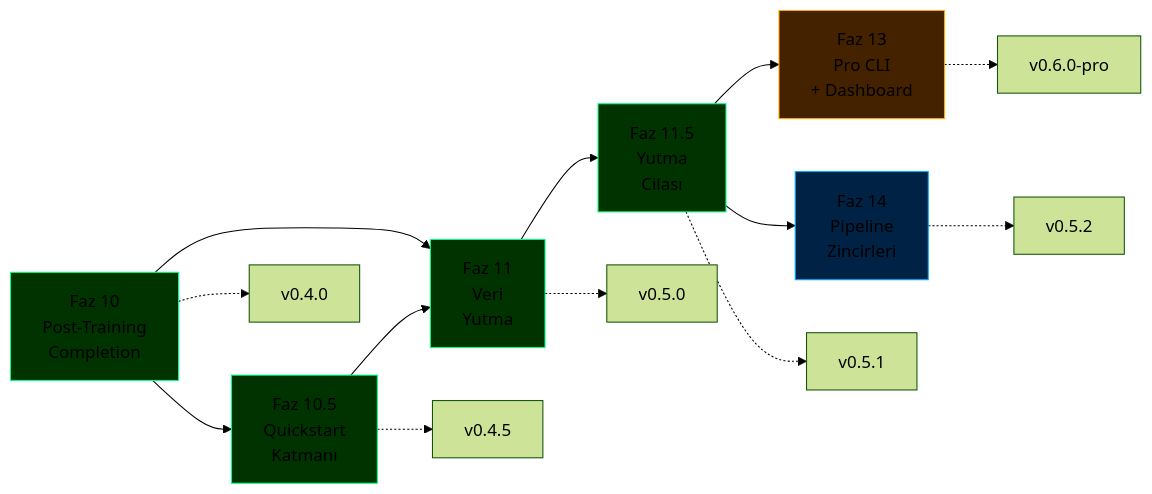
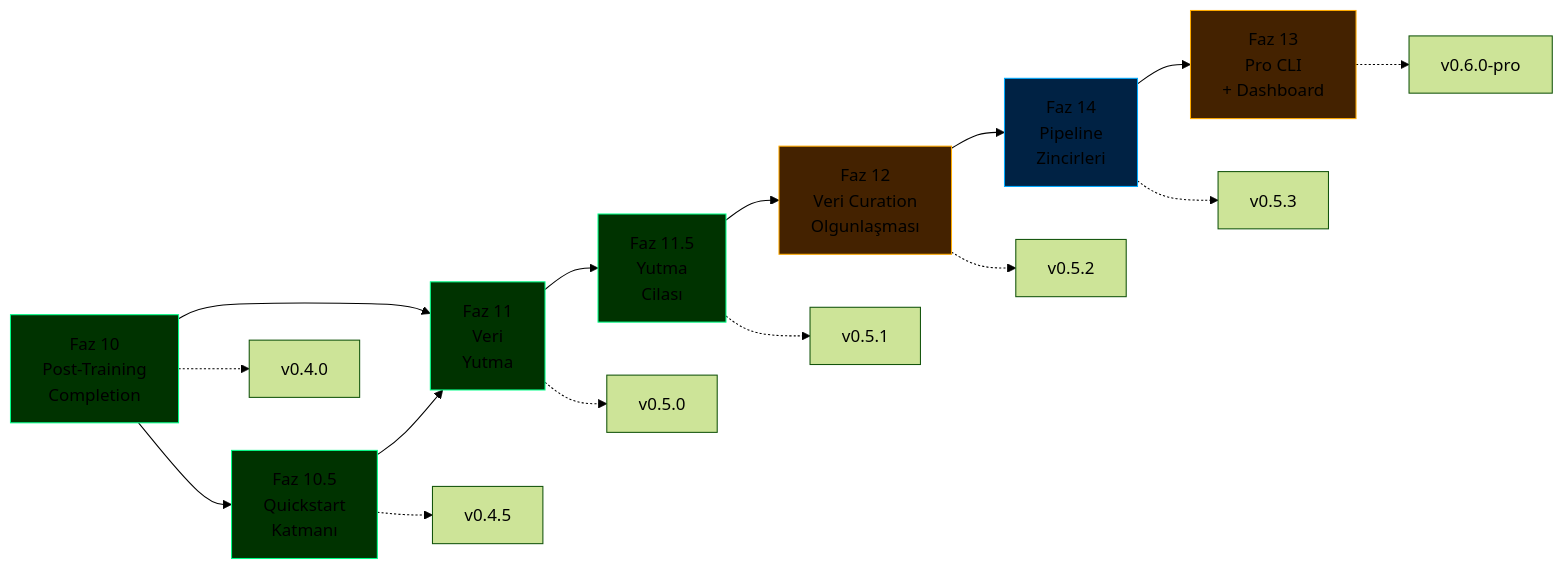
One commit to cemililik/ForgeLM changed the diagram in docs/roadmap-tr.md. Above: the diagram before and after it, drawn with Mermaid (forest theme). The commit also changed other lines of this file and 7 other files, not shown here.

````diff
--- a/docs/roadmap-tr.md
+++ b/docs/roadmap-tr.md
@@ -29,23 +32,26 @@
 ```mermaid
 graph LR
     P10[Faz 10<br/>Post-Training<br/>Completion] --> P105[Faz 10.5<br/>Quickstart<br/>Katmanı]
     P10 --> P11[Faz 11<br/>Veri<br/>Yutma]
     P105 --> P11
     P11 --> P115[Faz 11.5<br/>Yutma<br/>Cilası]
-    P115 --> P13[Faz 13<br/>Pro CLI<br/>+ Dashboard]
-    P115 --> P14[Faz 14<br/>Pipeline<br/>Zincirleri]
+    P115 --> P12[Faz 12<br/>Veri Curation<br/>Olgunlaşması]
+    P12 --> P14[Faz 14<br/>Pipeline<br/>Zincirleri]
+    P14 --> P13[Faz 13<br/>Pro CLI<br/>+ Dashboard]
 
     P10 -.-> V1[v0.4.0]
     P105 -.-> V15[v0.4.5]
     P11 -.-> V2[v0.5.0]
     P115 -.-> V21[v0.5.1]
-    P14 -.-> V25[v0.5.2]
+    P12 -.-> V22[v0.5.2]
+    P14 -.-> V23[v0.5.3]
     P13 -.-> V3[v0.6.0-pro]
 
     style P10 fill:#003300,stroke:#00ff88
     style P105 fill:#003300,stroke:#00ff88
     style P11 fill:#003300,stroke:#00ff88
     style P115 fill:#003300,stroke:#00ff88
+    style P12 fill:#442200,stroke:#ffaa00
+    style P14 fill:#002244,stroke:#00aaff
     style P13 fill:#442200,stroke:#ffaa00
-    style P14 fill:#002244,stroke:#00aaff
 ```
````
